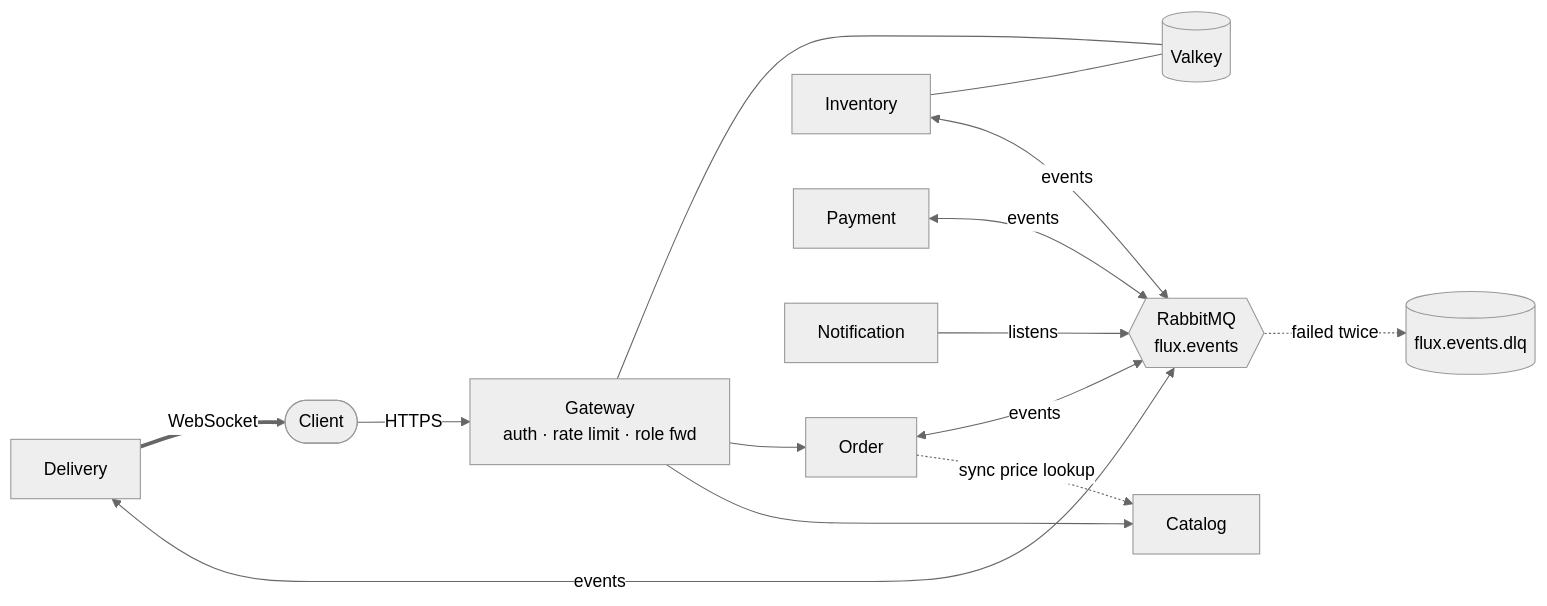
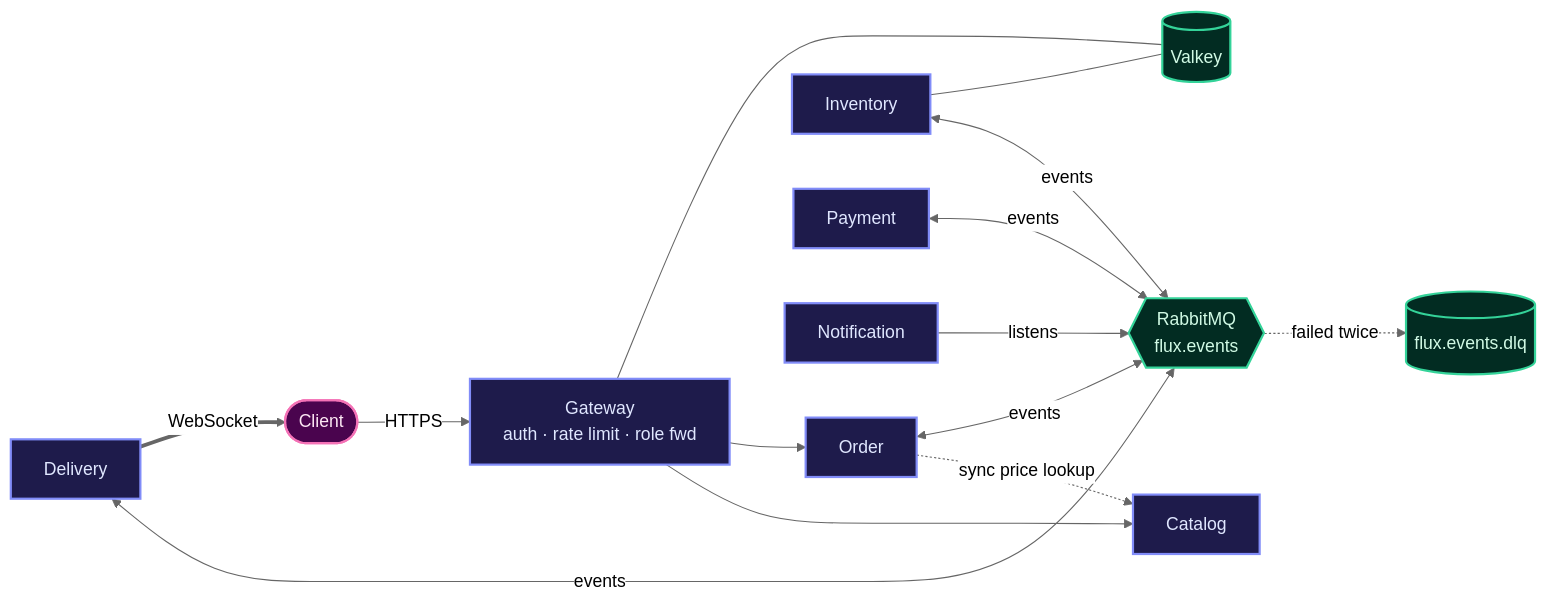
Before and after one commit to thetejascodes/Flux: the first of 2 diagrams in README.md, drawn with Mermaid (neutral theme). The commit also changed other lines of this file and 1 other file, not shown here.

````diff
--- a/README.md
+++ b/README.md
@@ -166,18 +208,25 @@
 ```mermaid
 flowchart LR
     Client([Client]) -->|HTTPS| GW[Gateway<br/>auth · rate limit · role fwd]
     GW --> CAT[Catalog]
     GW --> ORD[Order]
     ORD -.->|sync price lookup| CAT
 
     ORD <-->|events| MQ{{RabbitMQ<br/>flux.events}}
     INV[Inventory] <-->|events| MQ
     PAY[Payment] <-->|events| MQ
     DEL[Delivery] <-->|events| MQ
     NOT[Notification] -->|listens| MQ
     MQ -.->|failed twice| DLQ[(flux.events.dlq)]
 
     DEL ==>|WebSocket| Client
     GW --- VK[(Valkey)]
     INV --- VK
+
+    classDef svc fill:#1e1b4b,stroke:#818cf8,stroke-width:2px,color:#e0e7ff;
+    classDef infra fill:#022c22,stroke:#34d399,stroke-width:2px,color:#d1fae5;
+    classDef client fill:#4a044e,stroke:#f472b6,stroke-width:2px,color:#fce7f3;
+    class GW,CAT,ORD,INV,PAY,DEL,NOT svc
+    class MQ,DLQ,VK infra
+    class Client client
 ```
````
